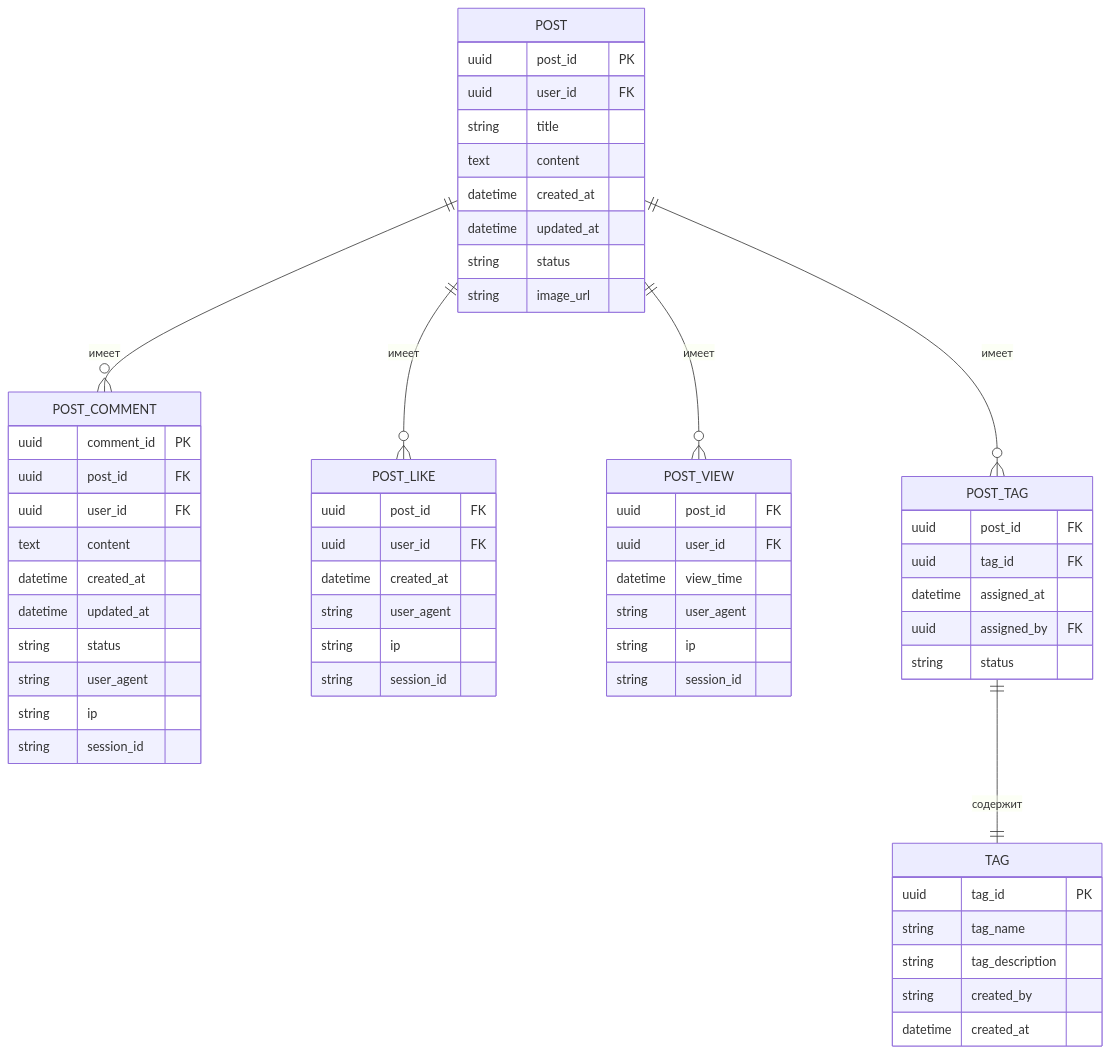
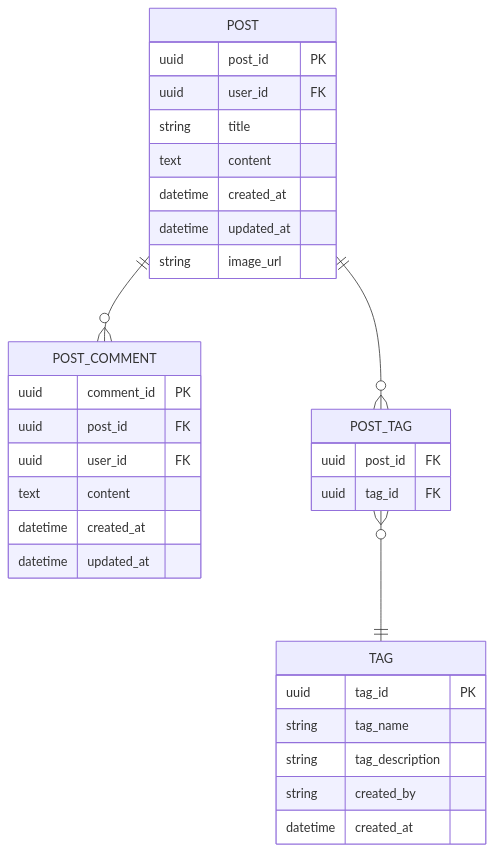
The diagram in docs/er_post_service.mermaid (lavsasha/social-network-platform), drawn with Mermaid before and after one commit. The commit also changed 5 other files, not shown here.

```diff
--- a/docs/er_post_service.mermaid
+++ b/docs/er_post_service.mermaid
@@ -1,65 +1,38 @@
 erDiagram
 POST {
     uuid post_id PK
     uuid user_id FK
     string title
     text content
     datetime created_at
     datetime updated_at
-    string status
     string image_url
 }
 
 POST_COMMENT {
     uuid comment_id PK
     uuid post_id FK
     uuid user_id FK
     text content
     datetime created_at
     datetime updated_at
-    string status
-    string user_agent
-    string ip
-    string session_id
 }
 
-POST_LIKE {
-    uuid post_id FK
-    uuid user_id FK
-    datetime created_at
-    string user_agent
-    string ip
-    string session_id
-}
-
-POST_VIEW {
-    uuid post_id FK
-    uuid user_id FK
-    datetime view_time
-    string user_agent
-    string ip
-    string session_id
-}
 
 TAG {
     uuid tag_id PK
     string tag_name
     string tag_description
     string created_by
     datetime created_at
 }
 
 POST_TAG {
     uuid post_id FK
     uuid tag_id FK
-    datetime assigned_at
-    uuid assigned_by FK
-    string status
 }
 
 
-POST ||--o{ POST_COMMENT : "имеет"
-POST ||--o{ POST_LIKE : "имеет"
-POST ||--o{ POST_VIEW : "имеет"
-POST ||--o{ POST_TAG : "имеет"
-POST_TAG ||--|| TAG : "содержит"
+POST ||--o{ POST_COMMENT : ""
+POST ||--o{ POST_TAG : ""
+POST_TAG }o--|| TAG : ""
```
